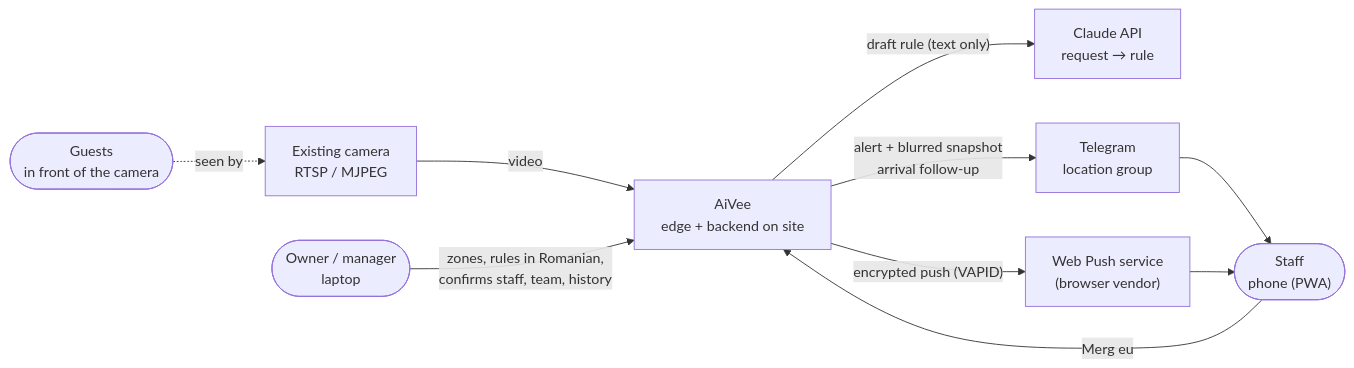
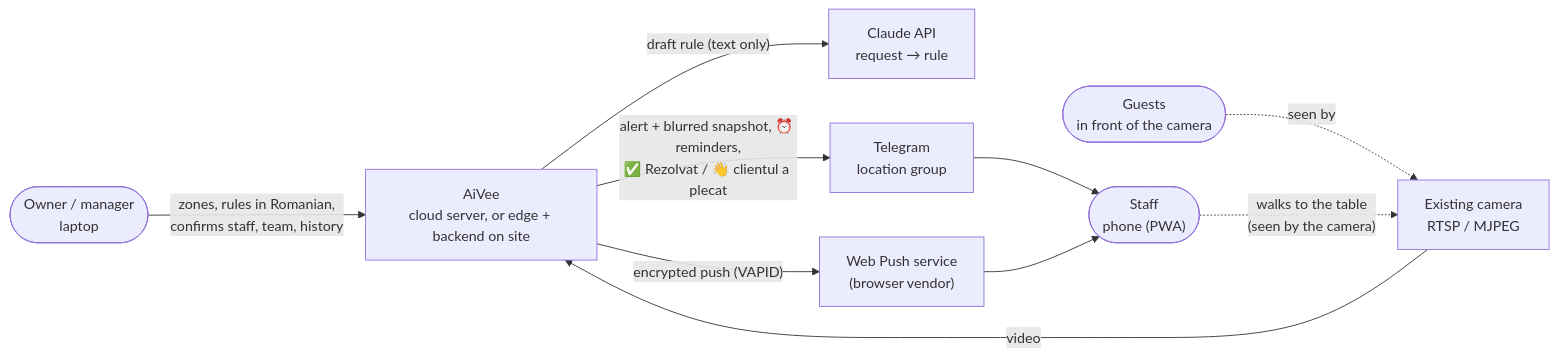
Before and after one commit to mariusbuharu-gsd/aivee: the first of 6 diagrams in docs/architecture.md, drawn with Mermaid. The commit also changed other lines of this file and 3 other files, not shown here.

````diff
--- a/docs/architecture.md
+++ b/docs/architecture.md
@@ -8,21 +8,21 @@
 ```mermaid
 flowchart LR
     owner(["Owner / manager<br/>laptop"])
     staff(["Staff<br/>phone (PWA)"])
     guests(["Guests<br/>in front of the camera"])
     cam["Existing camera<br/>RTSP / MJPEG"]
-    aivee["AiVee<br/>edge + backend on site"]
+    aivee["AiVee<br/>cloud server, or edge + backend on site"]
     claude["Claude API<br/>request → rule"]
     tg["Telegram<br/>location group"]
     wp["Web Push service<br/>(browser vendor)"]
 
     guests -. seen by .-> cam
     cam -- video --> aivee
     owner -- "zones, rules in Romanian,<br/>confirms staff, team, history" --> aivee
-    staff -- "Merg eu" --> aivee
+    staff -. "walks to the table<br/>(seen by the camera)" .-> cam
     aivee -- "draft rule (text only)" --> claude
-    aivee -- "alert + blurred snapshot<br/>arrival follow-up" --> tg
+    aivee -- "alert + blurred snapshot, ⏰ reminders,<br/>✅ Rezolvat / 👋 clientul a plecat" --> tg
     aivee -- "encrypted push (VAPID)" --> wp
     tg --> staff
     wp --> staff
 ```
````
